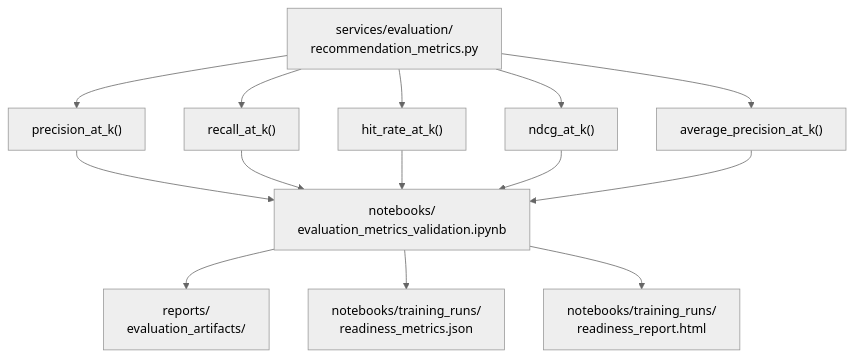
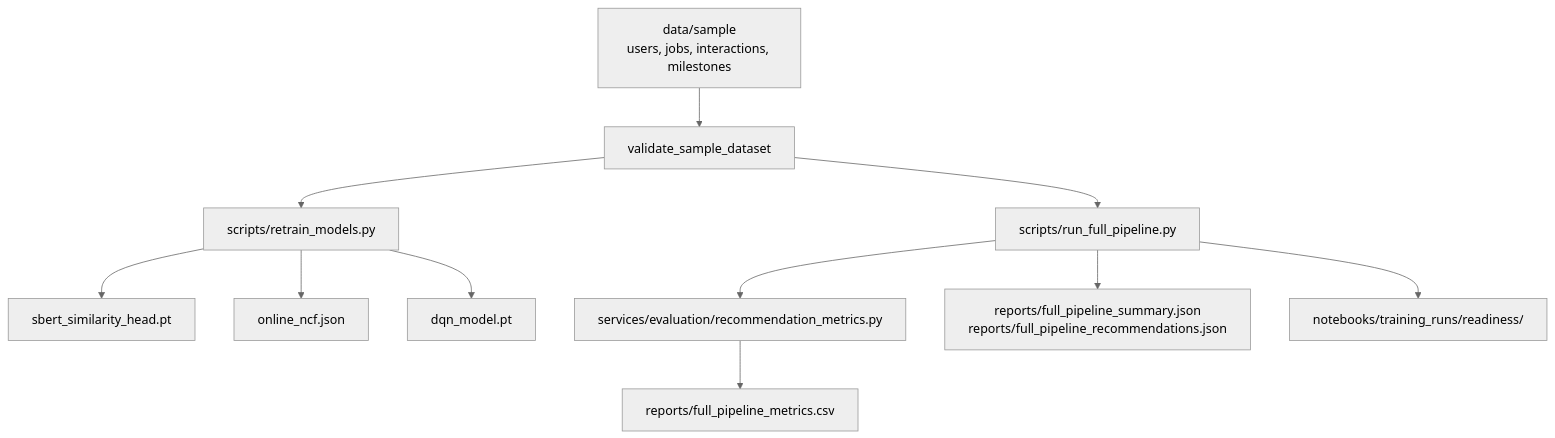
One commit to zXmill/SCPA-job-advisor changed diagram 14 of 15 in diagram.md. Above: the diagram before and after it, drawn with Mermaid (neutral theme). The commit also changed other lines of this file and 1 other file, not shown here.

````diff
--- a/diagram.md
+++ b/diagram.md
@@ -751,18 +743,13 @@
 ```mermaid
-flowchart TD
-    A["services/evaluation/<br/>recommendation_metrics.py"] --> B["precision_at_k()"]
-    A --> C["recall_at_k()"]
-    A --> D["hit_rate_at_k()"]
-    A --> E["ndcg_at_k()"]
-    A --> F["average_precision_at_k()"]
-
-    B --> G["notebooks/<br/>evaluation_metrics_validation.ipynb"]
-    C --> G
-    D --> G
-    E --> G
-    F --> G
-
-    G --> H["reports/<br/>evaluation_artifacts/"]
-    G --> I["notebooks/training_runs/<br/>readiness_metrics.json"]
-    G --> J["notebooks/training_runs/<br/>readiness_report.html"]
+flowchart TB
+    Sample["data/sample<br/>users, jobs, interactions, milestones"] --> Validate["validate_sample_dataset"]
+    Validate --> Retrain["scripts/retrain_models.py"]
+    Retrain --> SBERTArtifact["sbert_similarity_head.pt"]
+    Retrain --> NCFArtifact["online_ncf.json"]
+    Retrain --> DQNArtifact["dqn_model.pt"]
+    Validate --> Full["scripts/run_full_pipeline.py"]
+    Full --> Metrics["services/evaluation/recommendation_metrics.py"]
+    Metrics --> CSV["reports/full_pipeline_metrics.csv"]
+    Full --> JSON["reports/full_pipeline_summary.json<br/>reports/full_pipeline_recommendations.json"]
+    Full --> NotebookInputs["notebooks/training_runs/readiness/"]
 ```
````
